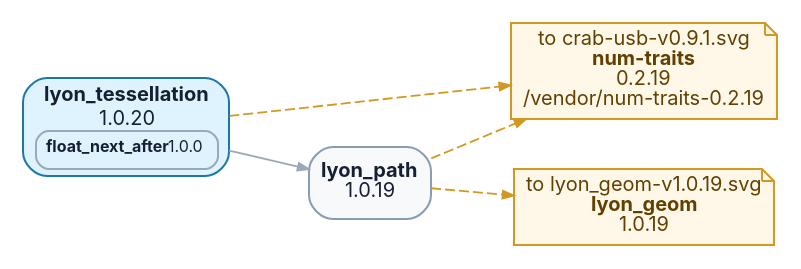
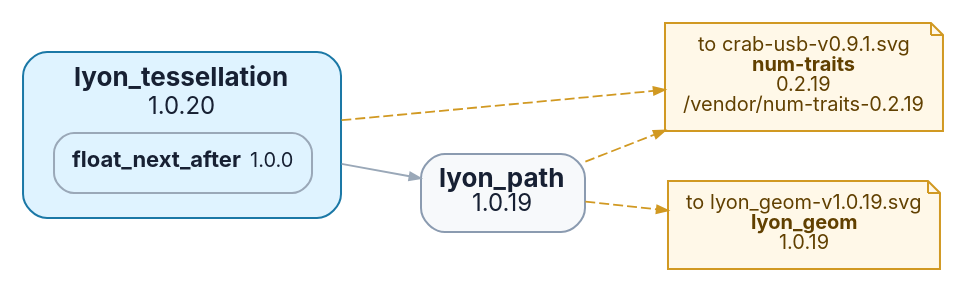
The diagram in tools/depgraph/by-root/lyon_tessellation-v1.0.20.dot (t4ce/TRUEOS), drawn with Graphviz before and after one commit. The commit also changed 162 other files, not shown here.

```diff
--- a/tools/depgraph/by-root/lyon_tessellation-v1.0.20.dot
+++ b/tools/depgraph/by-root/lyon_tessellation-v1.0.20.dot
@@ -1,16 +1,16 @@
 digraph "lyon_tessellation-v1.0.20" {
   graph [rankdir=LR, bgcolor="white", overlap=false, splines=true, nodesep=0.35, ranksep=0.55];
-  node [shape=box, style="rounded,filled", fontname="Inter,Arial", fontsize=10, margin="0.08,0.05", color="#8b9bb0", fillcolor="#f7f9fb", fontcolor="#172033"];
+  node [shape=box, style="rounded,filled", fontname="Inter,Arial", fontsize=10, margin="0.13,0.10", color="#8b9bb0", fillcolor="#f7f9fb", fontcolor="#172033"];
   edge [color="#9aa8b8", arrowsize=0.55, penwidth=0.9];
-  n0 [label=<<TABLE BORDER="0" CELLBORDER="0" CELLSPACING="0" CELLPADDING="0"><TR><TD><B>lyon_tessellation</B></TD></TR>
-<TR><TD>1.0.20</TD></TR><TR><TD><TABLE BORDER="1" CELLBORDER="0" CELLSPACING="0" CELLPADDING="4" COLOR="#9aa8b8" STYLE="ROUNDED"><TR><TD><FONT POINT-SIZE="8"><B>float_next_after</B> 1.0.0</FONT></TD></TR></TABLE></TD></TR></TABLE>>, fillcolor="#dff3ff", color="#1b78a6"];
-  n1 [label=<<B>lyon_path</B><BR/>1.0.19>, fillcolor="#f7f9fb", color="#8b9bb0"];
+  n0 [label=<<TABLE BORDER="0" CELLBORDER="0" CELLSPACING="0" CELLPADDING="0"><TR><TD><FONT POINT-SIZE="13"><B>lyon_tessellation</B></FONT></TD></TR>
+<TR><TD><FONT POINT-SIZE="12">1.0.20</FONT></TD></TR><TR><TD><TABLE BORDER="0" CELLBORDER="0" CELLSPACING="6" CELLPADDING="0"><TR><TD><TABLE BORDER="1" CELLBORDER="0" CELLSPACING="0" CELLPADDING="8" COLOR="#9aa8b8" STYLE="ROUNDED"><TR><TD><FONT POINT-SIZE="11"><B>float_next_after</B></FONT> <FONT POINT-SIZE="10">1.0.0</FONT></TD></TR></TABLE></TD></TR></TABLE></TD></TR></TABLE>>, fillcolor="#dff3ff", color="#1b78a6"];
+  n1 [label=<<FONT POINT-SIZE="13"><B>lyon_path</B></FONT><BR/><FONT POINT-SIZE="12">1.0.19</FONT>>, fillcolor="#f7f9fb", color="#8b9bb0"];
   n0 -> n1;
   out0 [label=<to crab-usb-v0.9.1.svg<BR/><B>num-traits</B><BR/>0.2.19<BR/>/vendor/num-traits-0.2.19>, shape=note, style="filled", fillcolor="#fff8e8", color="#d19922", fontcolor="#614000"];
   n1 -> out0 [style=dashed, color="#d19922"];
   n0 -> out0 [style=dashed, color="#d19922"];
   out1 [label=<to lyon_geom-v1.0.19.svg<BR/><B>lyon_geom</B><BR/>1.0.19>, shape=note, style="filled", fillcolor="#fff8e8", color="#d19922", fontcolor="#614000"];
   n1 -> out1 [style=dashed, color="#d19922"];
   // collapsed leaf ends: 1
   // centered two-input leaves: 0
 }
```
